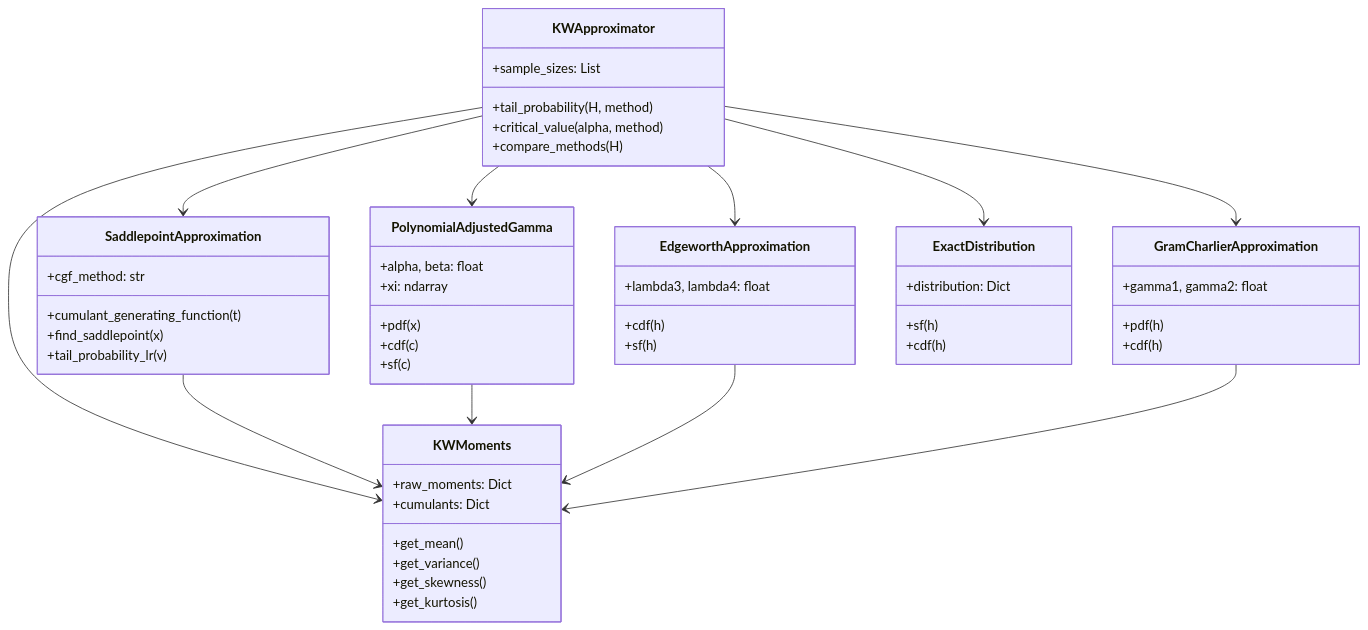
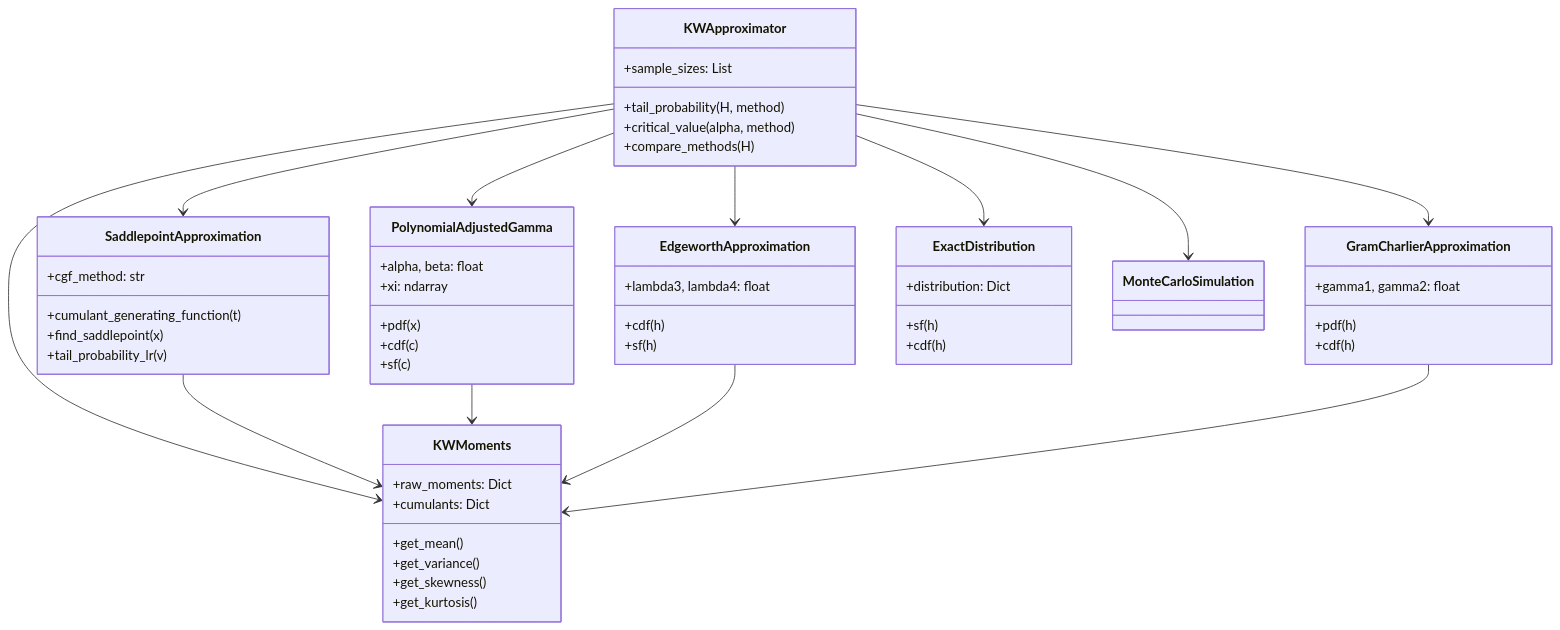
Before and after one commit to zongseung/KS-test: the fourth of 4 diagrams in README.md, drawn with Mermaid. The commit also changed other lines of this file, not shown here.

````diff
--- a/README.md
+++ b/README.md
@@ -233,62 +251,63 @@
 ```mermaid
 classDiagram
     class KWApproximator {
         +sample_sizes: List
         +tail_probability(H, method)
         +critical_value(alpha, method)
         +compare_methods(H)
     }
 
     class KWMoments {
         +raw_moments: Dict
         +cumulants: Dict
         +get_mean()
         +get_variance()
         +get_skewness()
         +get_kurtosis()
     }
 
     class SaddlepointApproximation {
         +cgf_method: str
         +cumulant_generating_function(t)
         +find_saddlepoint(x)
         +tail_probability_lr(v)
     }
 
     class PolynomialAdjustedGamma {
         +alpha, beta: float
         +xi: ndarray
         +pdf(x)
         +cdf(c)
         +sf(c)
     }
 
     class EdgeworthApproximation {
         +lambda3, lambda4: float
         +cdf(h)
         +sf(h)
     }
 
     class GramCharlierApproximation {
         +gamma1, gamma2: float
         +pdf(h)
         +cdf(h)
     }
 
     class ExactDistribution {
         +distribution: Dict
         +sf(h)
         +cdf(h)
     }
 
     KWApproximator --> KWMoments
     KWApproximator --> SaddlepointApproximation
     KWApproximator --> PolynomialAdjustedGamma
     KWApproximator --> EdgeworthApproximation
     KWApproximator --> GramCharlierApproximation
     KWApproximator --> ExactDistribution
+    KWApproximator --> MonteCarloSimulation
     SaddlepointApproximation --> KWMoments
     PolynomialAdjustedGamma --> KWMoments
     EdgeworthApproximation --> KWMoments
     GramCharlierApproximation --> KWMoments
 ```
````
